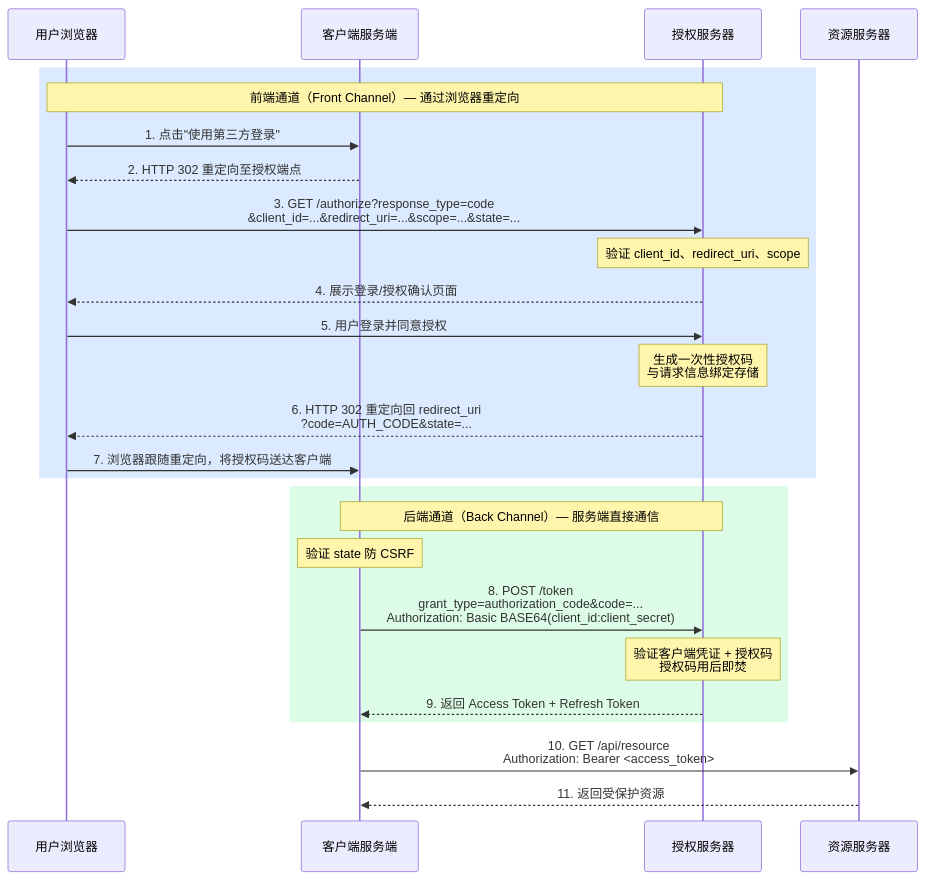
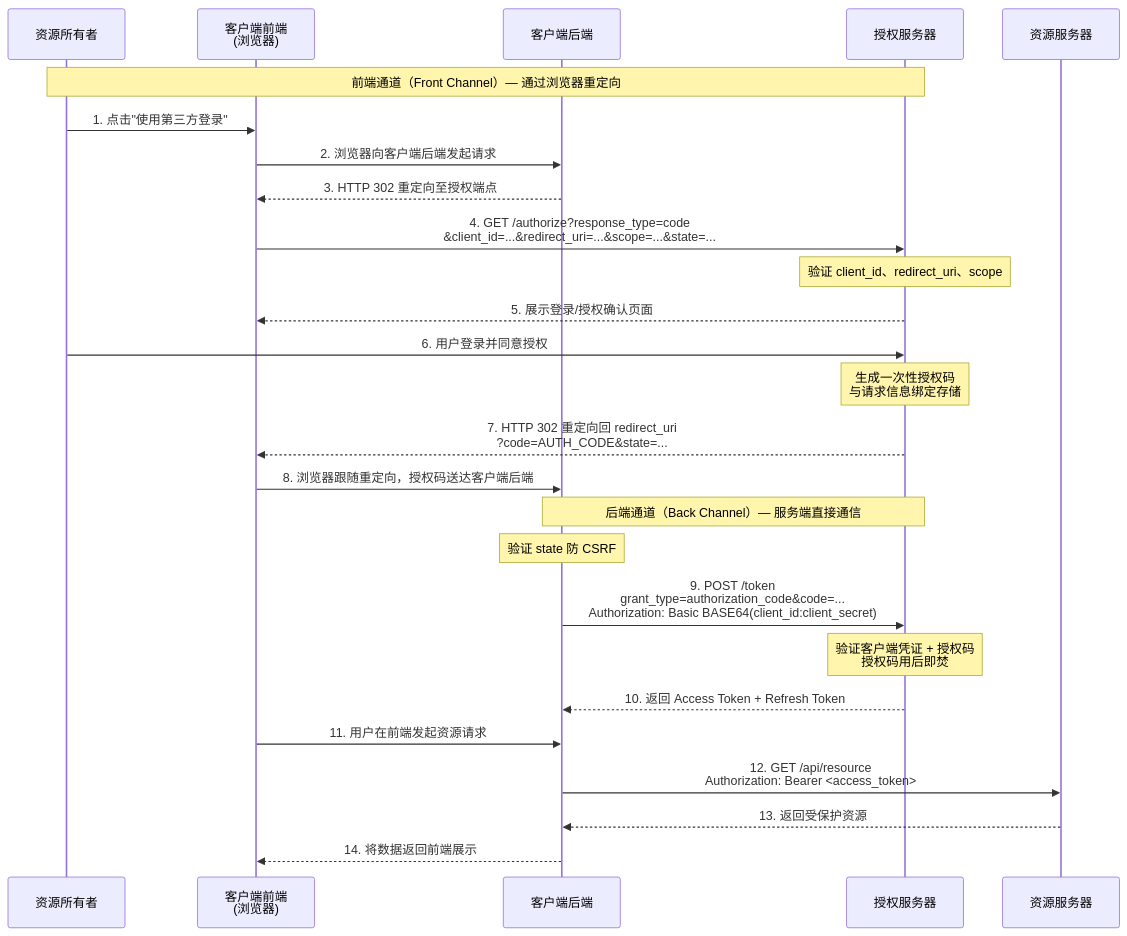
One commit to luguosong/programming-notes changed the first of 7 diagrams in docs/topic/oauth/authorization-flows/index.md. Above: the diagram before and after it, drawn with Mermaid. The commit also changed other lines of this file, not shown here.

First line of the commit message:
docs(oauth): 优化授权流程图并新增隐式流程和ROPC

````diff
--- a/docs/topic/oauth/authorization-flows/index.md
+++ b/docs/topic/oauth/authorization-flows/index.md
@@ -21,31 +22,31 @@
 ``` mermaid
 sequenceDiagram
-    participant RO as 用户浏览器
-    participant Client as 客户端服务端
+    participant RO as 资源所有者
+    participant CF as 客户端前端<br/>(浏览器)
+    participant CB as 客户端后端
     participant AS as 授权服务器
     participant RS as 资源服务器
 
-    rect rgb(219, 234, 254)
     Note over RO,AS: 前端通道（Front Channel）— 通过浏览器重定向
-    RO->>Client: 1. 点击"使用第三方登录"
-    Client-->>RO: 2. HTTP 302 重定向至授权端点
-    RO->>AS: 3. GET /authorize?response_type=code<br/>&client_id=...&redirect_uri=...&scope=...&state=...
+    RO->>CF: 1. 点击"使用第三方登录"
+    CF->>CB: 2. 浏览器向客户端后端发起请求
+    CB-->>CF: 3. HTTP 302 重定向至授权端点
+    CF->>AS: 4. GET /authorize?response_type=code<br/>&client_id=...&redirect_uri=...&scope=...&state=...
     Note over AS: 验证 client_id、redirect_uri、scope
-    AS-->>RO: 4. 展示登录/授权确认页面
-    RO->>AS: 5. 用户登录并同意授权
+    AS-->>CF: 5. 展示登录/授权确认页面
+    RO->>AS: 6. 用户登录并同意授权
     Note over AS: 生成一次性授权码<br/>与请求信息绑定存储
-    AS-->>RO: 6. HTTP 302 重定向回 redirect_uri<br/>?code=AUTH_CODE&state=...
-    RO->>Client: 7. 浏览器跟随重定向，将授权码送达客户端
-    end
+    AS-->>CF: 7. HTTP 302 重定向回 redirect_uri<br/>?code=AUTH_CODE&state=...
+    CF->>CB: 8. 浏览器跟随重定向，授权码送达客户端后端
 
-    rect rgb(220, 252, 231)
-    Note over Client,AS: 后端通道（Back Channel）— 服务端直接通信
-    Note over Client: 验证 state 防 CSRF
-    Client->>AS: 8. POST /token<br/>grant_type=authorization_code&code=...<br/>Authorization: Basic BASE64(client_id:client_secret)
+    Note over CB,AS: 后端通道（Back Channel）— 服务端直接通信
+    Note over CB: 验证 state 防 CSRF
+    CB->>AS: 9. POST /token<br/>grant_type=authorization_code&code=...<br/>Authorization: Basic BASE64(client_id:client_secret)
     Note over AS: 验证客户端凭证 + 授权码<br/>授权码用后即焚
-    AS-->>Client: 9. 返回 Access Token + Refresh Token
-    end
+    AS-->>CB: 10. 返回 Access Token + Refresh Token
 
-    Client->>RS: 10. GET /api/resource<br/>Authorization: Bearer <access_token>
-    RS-->>Client: 11. 返回受保护资源
+    CF->>CB: 11. 用户在前端发起资源请求
+    CB->>RS: 12. GET /api/resource<br/>Authorization: Bearer <access_token>
+    RS-->>CB: 13. 返回受保护资源
+    CB-->>CF: 14. 将数据返回前端展示
 ```
````
